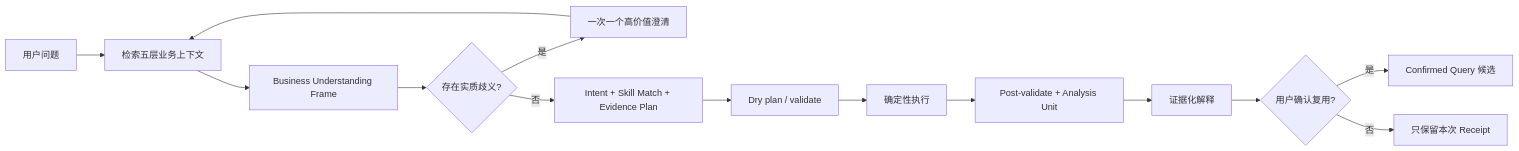
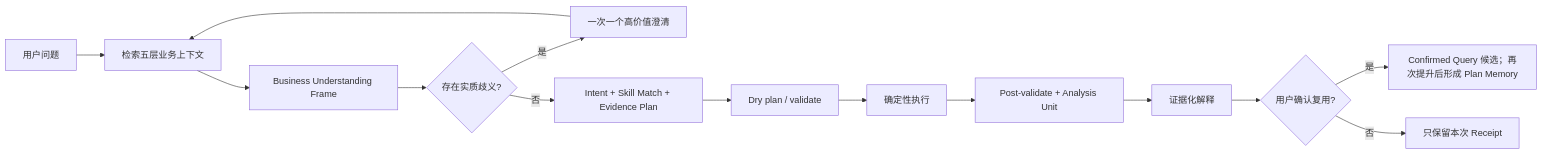
One commit to LeoSasion/ontology-frontend-framework-type-c changed the diagram in docs/business-understanding-skills.md. Above: the diagram before and after it, drawn with Mermaid. The commit also changed other lines of this file and 34 other files, not shown here.

````diff
--- a/docs/business-understanding-skills.md
+++ b/docs/business-understanding-skills.md
@@ -103,16 +103,16 @@
 ```mermaid
 flowchart LR
   Q["用户问题"] --> R["检索五层业务上下文"]
   R --> F["Business Understanding Frame"]
   F --> A{"存在实质歧义?"}
   A -- "是" --> C["一次一个高价值澄清"]
   C --> R
   A -- "否" --> I["Intent + Skill Match + Evidence Plan"]
   I --> D["Dry plan / validate"]
   D --> E["确定性执行"]
   E --> V["Post-validate + Analysis Unit"]
   V --> O["证据化解释"]
   O --> K{"用户确认复用?"}
-  K -- "是" --> X["Confirmed Query 候选"]
+  K -- "是" --> X["Confirmed Query 候选；再次提升后形成 Plan Memory"]
   K -- "否" --> Z["只保留本次 Receipt"]
 ```
````
